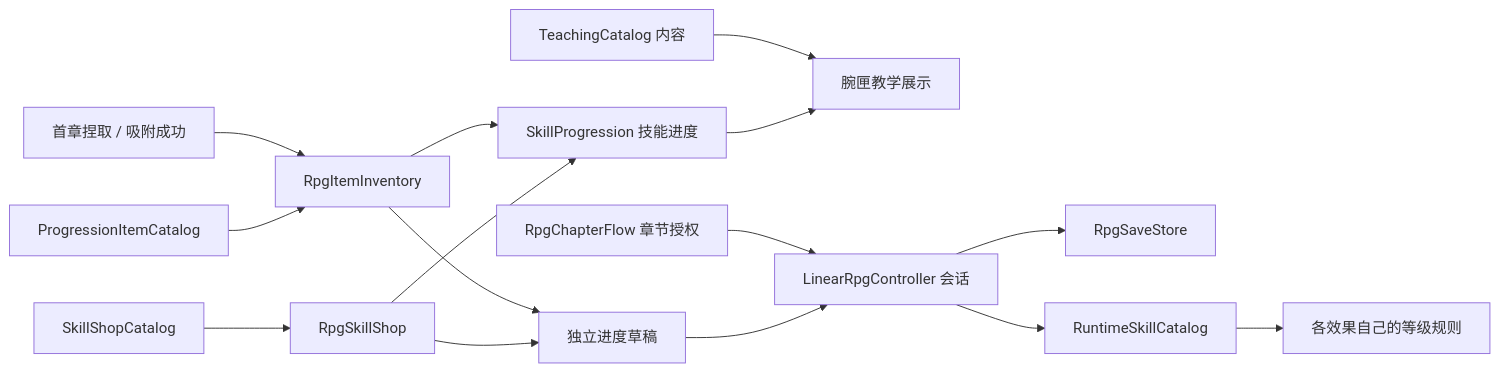
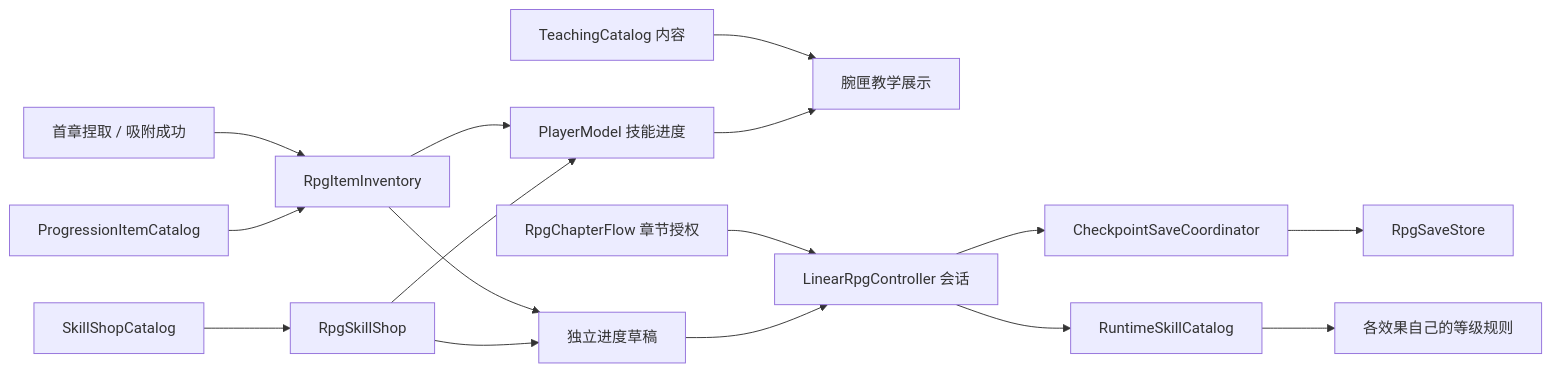
One commit to lphahapl/unity-xr-multimodal-spellcasting changed the diagram in docs/architecture/PROGRESSION_RESPONSIBILITIES_ZH.md. Above: the diagram before and after it, drawn with Mermaid. The commit also changed other lines of this file and 398 other files, not shown here.

````diff
--- a/docs/architecture/PROGRESSION_RESPONSIBILITIES_ZH.md
+++ b/docs/architecture/PROGRESSION_RESPONSIBILITIES_ZH.md
@@ -21,17 +21,18 @@
 ```mermaid
 flowchart LR
     Content[TeachingCatalog 内容] --> UI[腕匣教学展示]
-    Skill[SkillProgression 技能进度] --> UI
+    Skill[PlayerModel 技能进度] --> UI
     Chapter[RpgChapterFlow 章节授权] --> Session[LinearRpgController 会话]
     Interaction[首章捏取 / 吸附成功] --> Items[RpgItemInventory]
     ItemConfig[ProgressionItemCatalog] --> Items
     ShopConfig[SkillShopCatalog] --> Shop[RpgSkillShop]
     Items --> Skill
     Shop --> Skill
     Items --> Draft[独立进度草稿]
     Shop --> Draft
     Draft --> Session
-    Session --> Store[RpgSaveStore]
+    Session --> Save[CheckpointSaveCoordinator]
+    Save --> Store[RpgSaveStore]
     Session --> Runtime[RuntimeSkillCatalog]
     Runtime --> Effect[各效果自己的等级规则]
 ```
````
